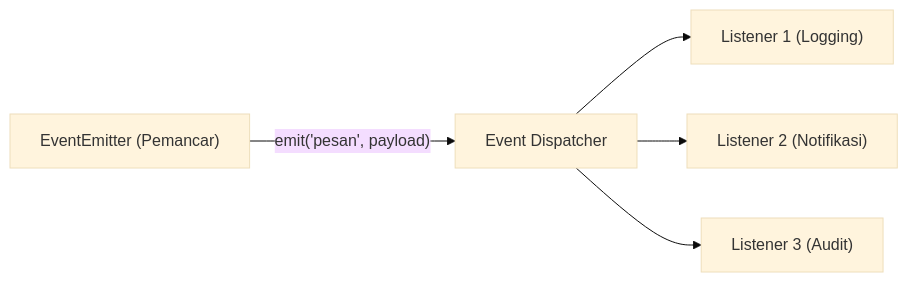
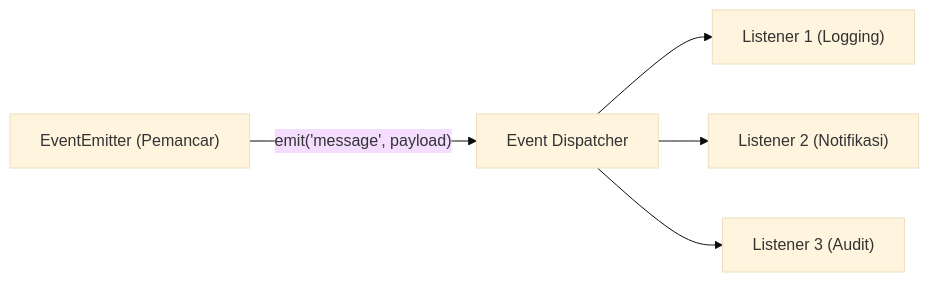
The diagram in 01-core-modules/08-events/README.md (san4byte/nodejs-handbook), drawn with Mermaid (base theme) before and after one commit. The commit also changed other lines of this file and 21 other files, not shown here.

````diff
--- a/01-core-modules/08-events/README.md
+++ b/01-core-modules/08-events/README.md
@@ -25,7 +24,7 @@
 ```mermaid
 flowchart LR
-    EMITTER["EventEmitter (Pemancar)"] -- "emit('pesan', payload)" --> BUS["Event Dispatcher"]
+    EMITTER["EventEmitter (Pemancar)"] -- "emit('message', payload)" --> BUS["Event Dispatcher"]
     BUS --> L1["Listener 1 (Logging)"]
     BUS --> L2["Listener 2 (Notifikasi)"]
     BUS --> L3["Listener 3 (Audit)"]
 ```
````
